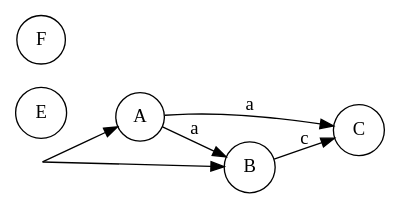
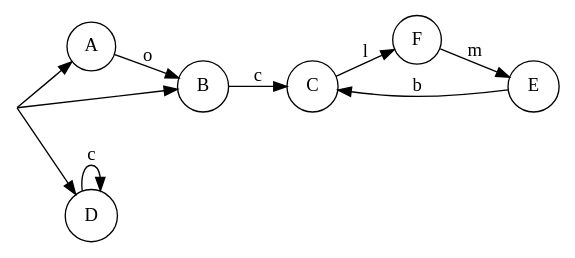
One commit to AmineElBiydi/Automate changed the diagram in output/test1.dot. Above: the diagram before and after it, drawn with Graphviz. The commit also changed 6 other files, not shown here.

```diff
--- a/output/test1.dot
+++ b/output/test1.dot
@@ -1,10 +1,13 @@
 digraph Automate {
     rankdir=LR;
     node[shape=point, width=0];start;
-    node[shape=circle]A,B,C,E,F;   
-    node[shape=doublecircle]E,F;
-    start->A,B;
-    A->B,C [label="a"];
+    node[shape=circle]A,B,C,D,E,F;   
+    node[shape=doublecircle]E,C,F,D;
+    start->A,B,D;
+    A->B [label="o"];
     B->C [label="c"];
- 
+    C->F [label="l"];
+    E->C [label="b"];
+    D->D [label="c"];
+    F->E [label="m"];
 }
```
